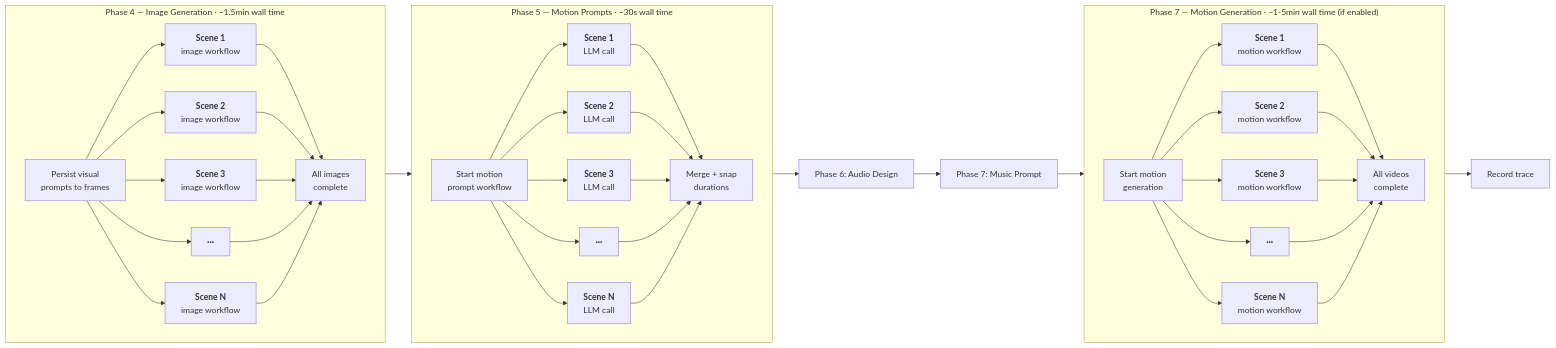
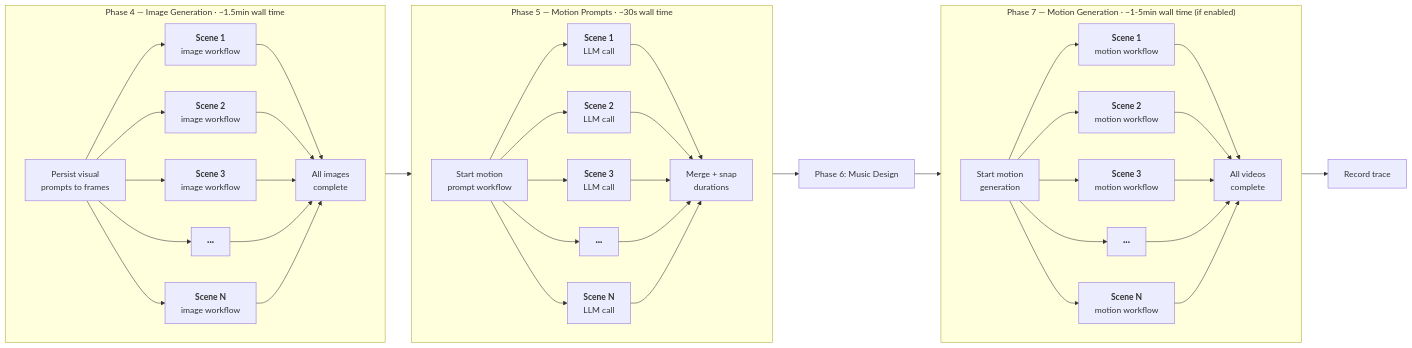
The second of 5 diagrams in docs/workflow.md (hhwjsw711/openstory), drawn with Mermaid before and after one commit. The commit also changed other lines of this file and 1 other file, not shown here.

First line of the commit message:
Update workflow docs to reflect streaming parser, musicDesign, and batched polling #407

````diff
--- a/docs/workflow.md
+++ b/docs/workflow.md
@@ -96,52 +92,51 @@
 ```mermaid
 flowchart LR
     subgraph "Phase 4 — Image Generation · ~1.5min wall time"
         direction LR
         ImgFork["Persist visual<br/>prompts to frames"] --> Img1["<b>Scene 1</b><br/>image workflow"]
         ImgFork --> Img2["<b>Scene 2</b><br/>image workflow"]
         ImgFork --> Img3["<b>Scene 3</b><br/>image workflow"]
         ImgFork --> ImgDots["<b>···</b>"]
         ImgFork --> ImgN["<b>Scene N</b><br/>image workflow"]
         Img1 --> ImgJoin["All images<br/>complete"]
         Img2 --> ImgJoin
         Img3 --> ImgJoin
         ImgDots --> ImgJoin
         ImgN --> ImgJoin
     end
 
     ImgJoin --> MPFork
 
     subgraph "Phase 5 — Motion Prompts · ~30s wall time"
         direction LR
         MPFork["Start motion<br/>prompt workflow"] --> MP1["<b>Scene 1</b><br/>LLM call"]
         MPFork --> MP2["<b>Scene 2</b><br/>LLM call"]
         MPFork --> MP3["<b>Scene 3</b><br/>LLM call"]
         MPFork --> MPDots["<b>···</b>"]
         MPFork --> MPN["<b>Scene N</b><br/>LLM call"]
         MP1 --> MPJoin["Merge + snap<br/>durations"]
         MP2 --> MPJoin
         MP3 --> MPJoin
         MPDots --> MPJoin
         MPN --> MPJoin
     end
 
-    MPJoin --> AudioDesign["Phase 6: Audio Design"]
-    AudioDesign --> MusicPrompt["Phase 7: Music Prompt"]
-    MusicPrompt --> MotFork
+    MPJoin --> MusicDesign["Phase 6: Music Design"]
+    MusicDesign --> MotFork
 
     subgraph "Phase 7 — Motion Generation · ~1-5min wall time (if enabled)"
         direction LR
         MotFork["Start motion<br/>generation"] --> Mot1["<b>Scene 1</b><br/>motion workflow"]
         MotFork --> Mot2["<b>Scene 2</b><br/>motion workflow"]
         MotFork --> Mot3["<b>Scene 3</b><br/>motion workflow"]
         MotFork --> MotDots["<b>···</b>"]
         MotFork --> MotN["<b>Scene N</b><br/>motion workflow"]
         Mot1 --> MotJoin["All videos<br/>complete"]
         Mot2 --> MotJoin
         Mot3 --> MotJoin
         MotDots --> MotJoin
         MotN --> MotJoin
     end
 
     MotJoin --> Done["Record trace"]
 ```
````
